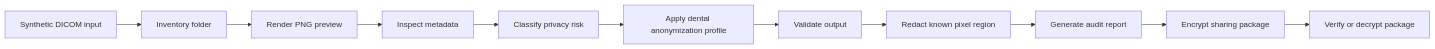
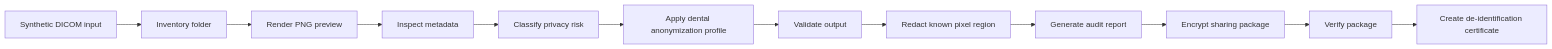
Before and after one commit to PEIWEIWU-AYS/PEIWEIWU-AYS-dental-dicom-privacy-toolkit: the diagram in docs/project-blueprint.md, drawn with Mermaid. The commit also changed other lines of this file and 24 other files, not shown here.

Commit message:
Add de-identification certificate

````diff
--- a/docs/project-blueprint.md
+++ b/docs/project-blueprint.md
@@ -21,13 +21,14 @@
 ```mermaid
 flowchart LR
     A["Synthetic DICOM input"] --> B["Inventory folder"]
     B --> C["Render PNG preview"]
     C --> D["Inspect metadata"]
     D --> E["Classify privacy risk"]
     E --> F["Apply dental anonymization profile"]
     F --> G["Validate output"]
     G --> H["Redact known pixel region"]
     H --> I["Generate audit report"]
     I --> J["Encrypt sharing package"]
-    J --> K["Verify or decrypt package"]
+    J --> K["Verify package"]
+    K --> L["Create de-identification certificate"]
 ```
````
